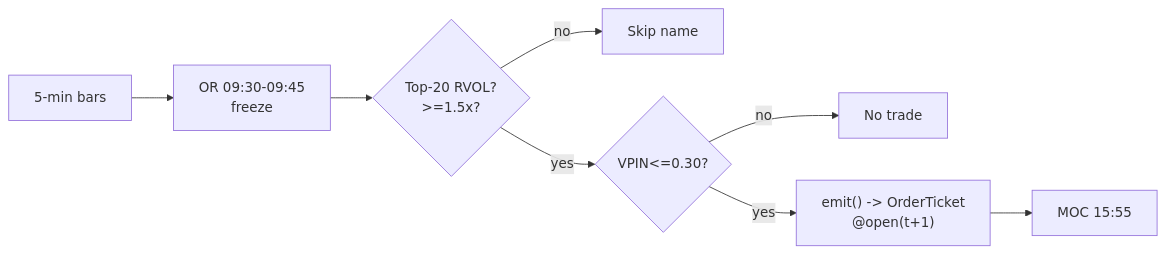
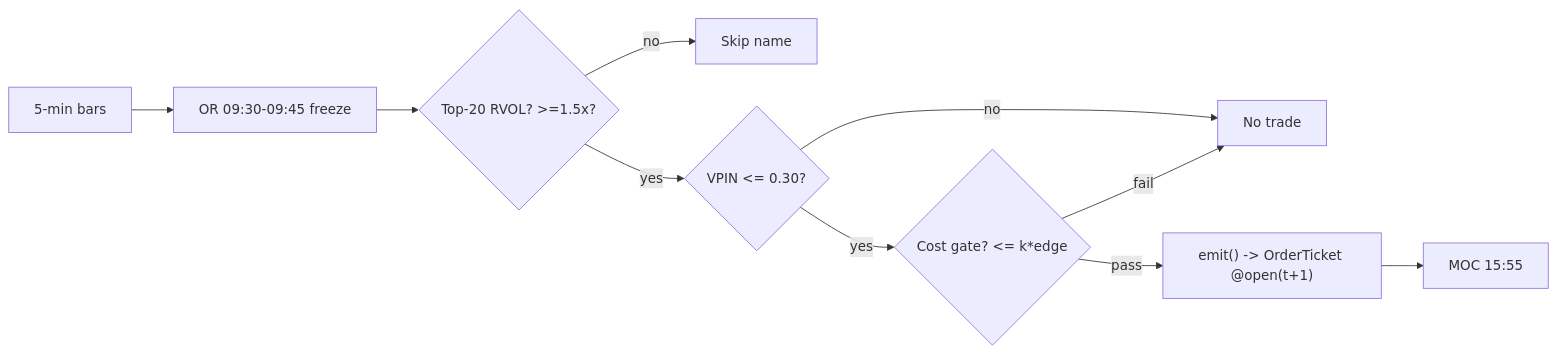
The diagram in modules/strategies/T005.md (praveenguptahcl/quant-signals-deep), drawn with Mermaid before and after one commit. The commit also changed other lines of this file and 275 other files, not shown here.

````diff
--- a/modules/strategies/T005.md
+++ b/modules/strategies/T005.md
@@ -341,13 +484,12 @@
 ```mermaid
 flowchart LR
-    BARS["5-min bars"] --> OR["OR 09:30-09:45
-freeze"]
-    OR --> RVOL{"Top-20 RVOL?
->=1.5x?"}
+    BARS["5-min bars"] --> OR["OR 09:30-09:45 freeze"]
+    OR --> RVOL{"Top-20 RVOL? >=1.5x?"}
     RVOL -->|no| SKIP["Skip name"]
-    RVOL -->|yes| VPIN{"VPIN<=0.30?"}
+    RVOL -->|yes| VPIN{"VPIN <= 0.30?"}
     VPIN -->|no| DROP["No trade"]
-    VPIN -->|yes| EMIT["emit() -> OrderTicket
-@open(t+1)"]
+    VPIN -->|yes| GATE{"Cost gate? <= k*edge"}
+    GATE -->|fail| DROP
+    GATE -->|pass| EMIT["emit() -> OrderTicket @open(t+1)"]
     EMIT --> MOC["MOC 15:55"]
 ```
````
